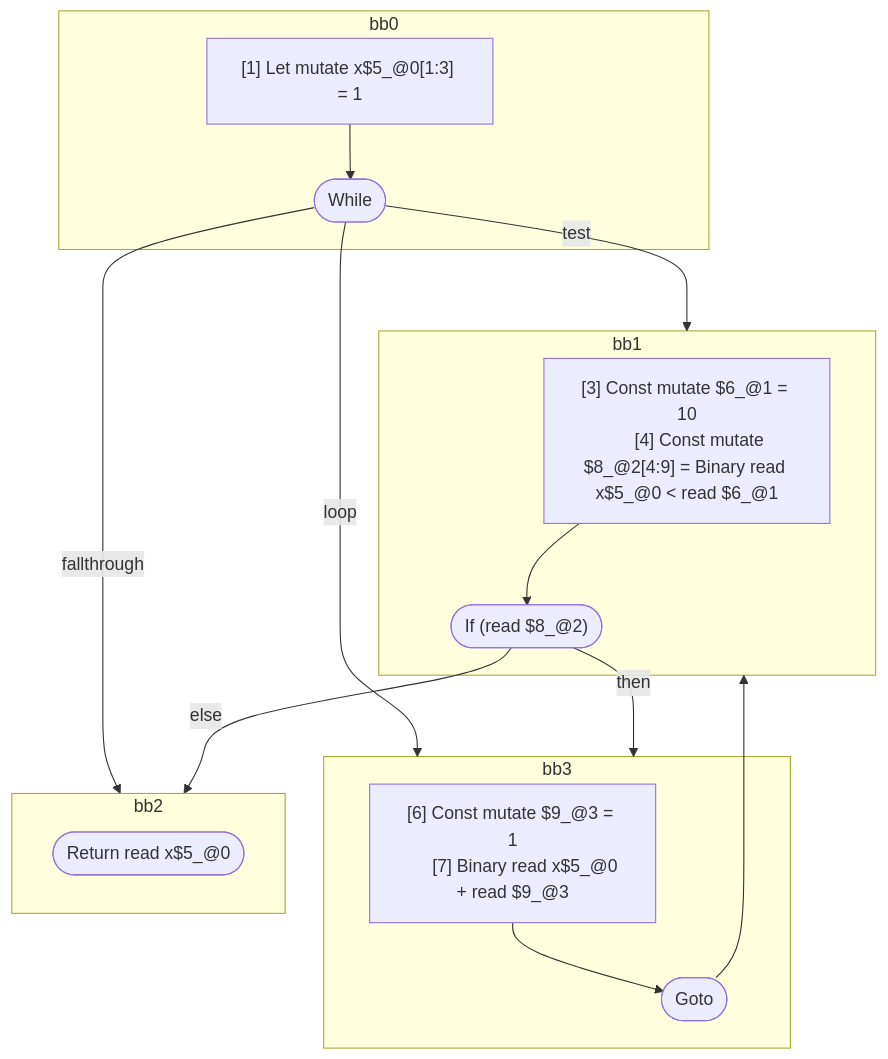
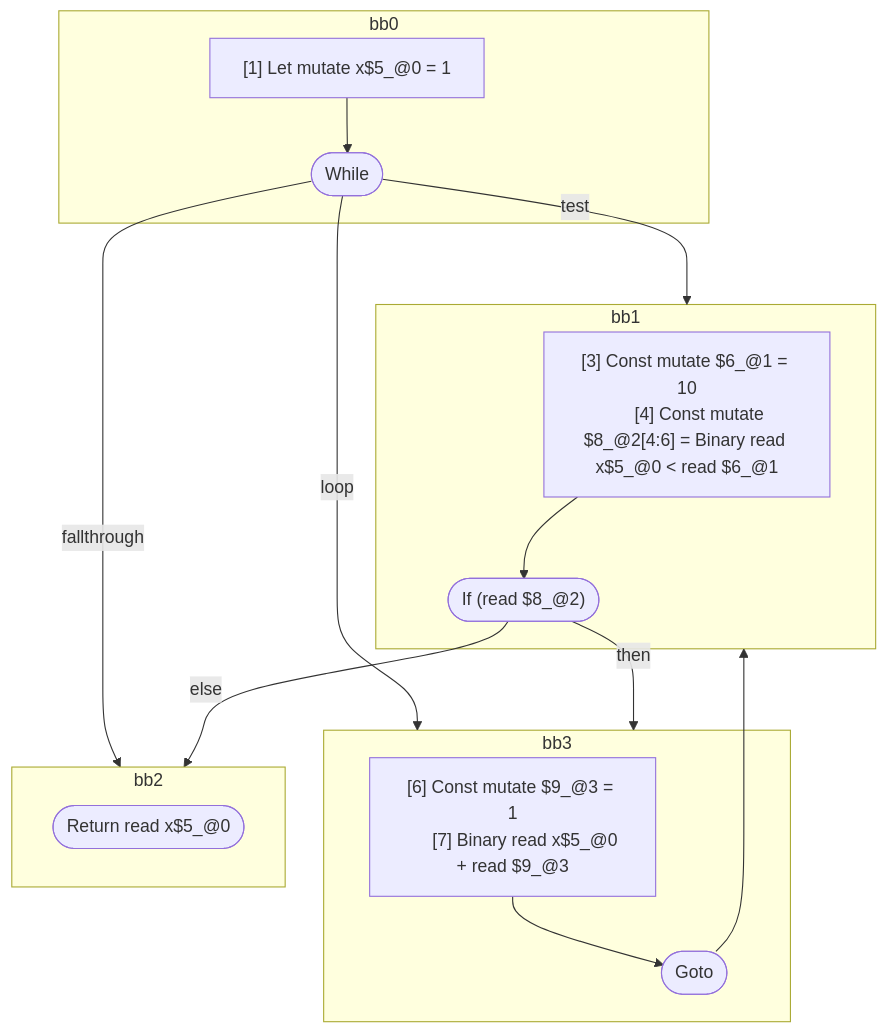
Before and after one commit to wutsmog/private: the diagram in compiler/forget/src/__tests__/fixtures/hir/ssa-while-no-reassign.expect.md, drawn with Mermaid. The commit also changed other lines of this file and 9 other files, not shown here.

````diff
--- a/compiler/forget/src/__tests__/fixtures/hir/ssa-while-no-reassign.expect.md
+++ b/compiler/forget/src/__tests__/fixtures/hir/ssa-while-no-reassign.expect.md
@@ -44,36 +44,36 @@
 ```mermaid
 flowchart TB
   %% Basic Blocks
   subgraph bb0
     bb0_instrs["
-      [1] Let mutate x$5_@0[1:3] = 1
+      [1] Let mutate x$5_@0 = 1
     "]
     bb0_instrs --> bb0_terminal(["While"])
   end
   subgraph bb1
     bb1_instrs["
       [3] Const mutate $6_@1 = 10
-      [4] Const mutate $8_@2[4:9] = Binary read x$5_@0 < read $6_@1
+      [4] Const mutate $8_@2[4:6] = Binary read x$5_@0 < read $6_@1
     "]
     bb1_instrs --> bb1_terminal(["If (read $8_@2)"])
   end
   subgraph bb3
     bb3_instrs["
       [6] Const mutate $9_@3 = 1
       [7] Binary read x$5_@0 + read $9_@3
     "]
     bb3_instrs --> bb3_terminal(["Goto"])
   end
   subgraph bb2
     bb2_terminal(["Return read x$5_@0"])
   end
 
   %% Jumps
   bb0_terminal -- "test" --> bb1
   bb0_terminal -- "loop" --> bb3
   bb0_terminal -- "fallthrough" --> bb2
   bb1_terminal -- "then" --> bb3
   bb1_terminal -- "else" --> bb2
   bb3_terminal --> bb1
 
 ```
````
